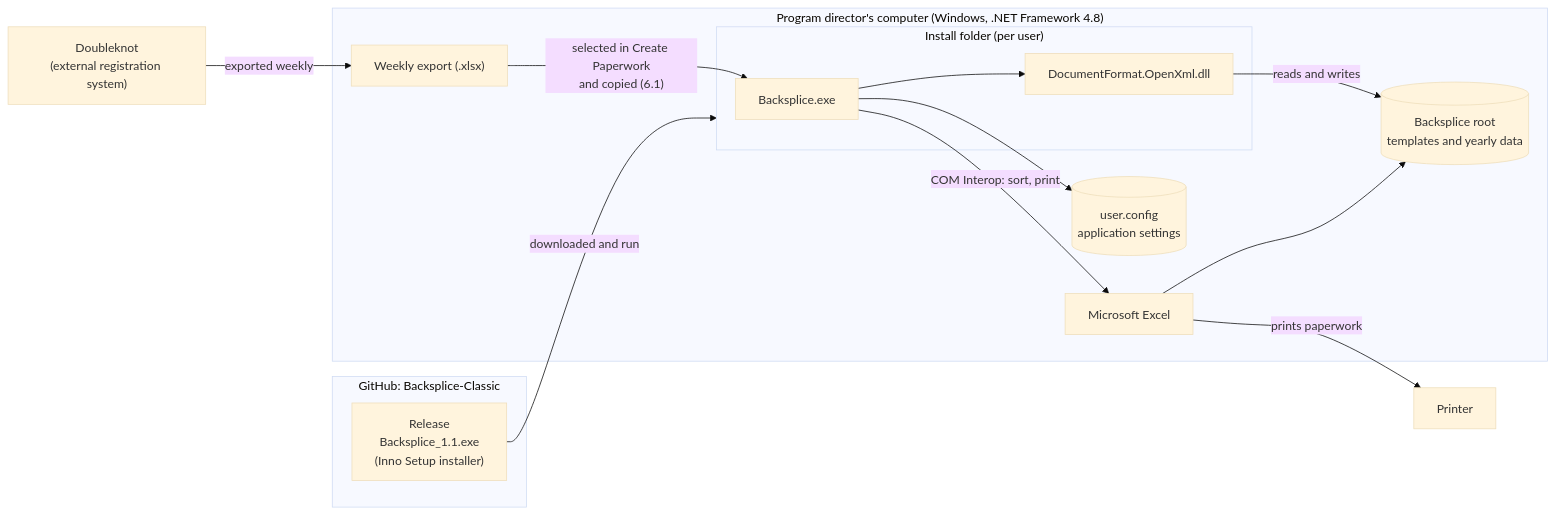
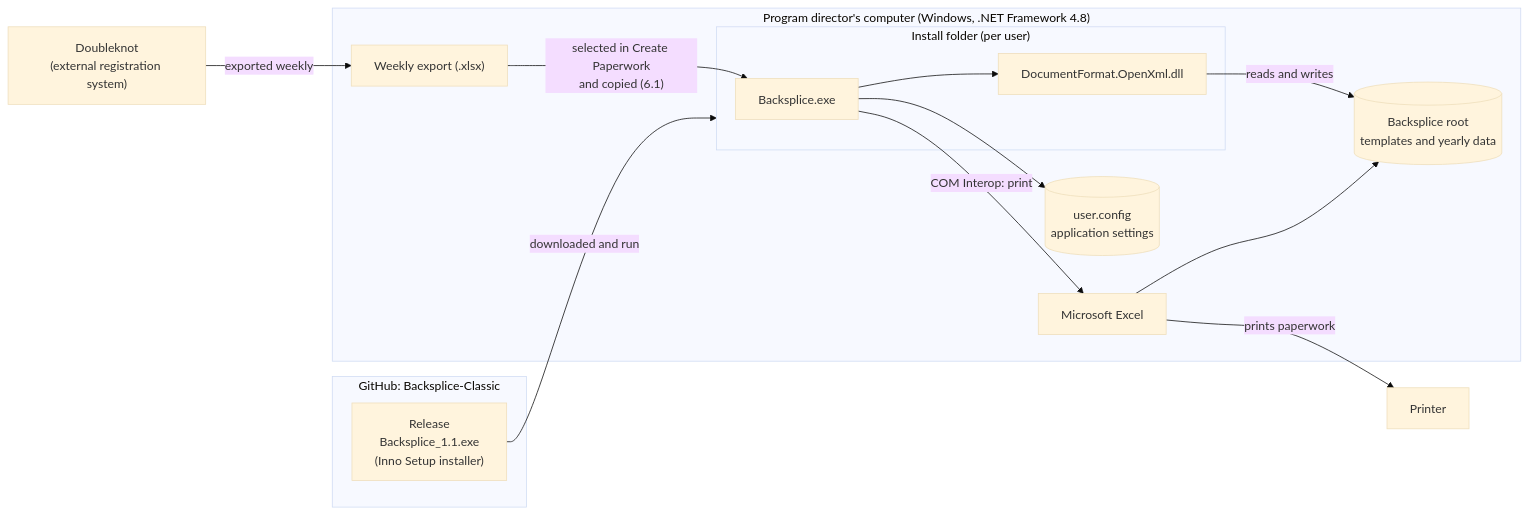
Before and after one commit to james-d-hasselman/Backsplice-Classic: diagram 20 of 20 in docs/architecture.md, drawn with Mermaid (base theme). The commit also changed other lines of this file and 5 other files, not shown here.

````diff
--- a/docs/architecture.md
+++ b/docs/architecture.md
@@ -1175,28 +1177,28 @@
 ```mermaid
 flowchart LR
   subgraph GitHub["GitHub: Backsplice-Classic"]
     Release["Release<br/>Backsplice_1.1.exe<br/>(Inno Setup installer)"]
   end
   Doubleknot["Doubleknot<br/>(external registration system)"]
   subgraph PC["Program director's computer (Windows, .NET Framework 4.8)"]
     subgraph AppDir["Install folder (per user)"]
       App["Backsplice.exe"]
       SDK["DocumentFormat.OpenXml.dll"]
     end
     Excel["Microsoft Excel"]
     Export["Weekly export (.xlsx)"]
     Data[("Backsplice root<br/>templates and yearly data")]
     Settings[("user.config<br/>application settings")]
   end
   Printer["Printer"]
 
   Release -- "downloaded and run" --> AppDir
   Doubleknot -- "exported weekly" --> Export
   Export -- "selected in Create Paperwork<br/>and copied (6.1)" --> App
   App --> SDK
   SDK -- "reads and writes" --> Data
-  App -- "COM Interop: sort, print" --> Excel
+  App -- "COM Interop: print" --> Excel
   Excel --> Data
   Excel -- "prints paperwork" --> Printer
   App --> Settings
 ```
````
